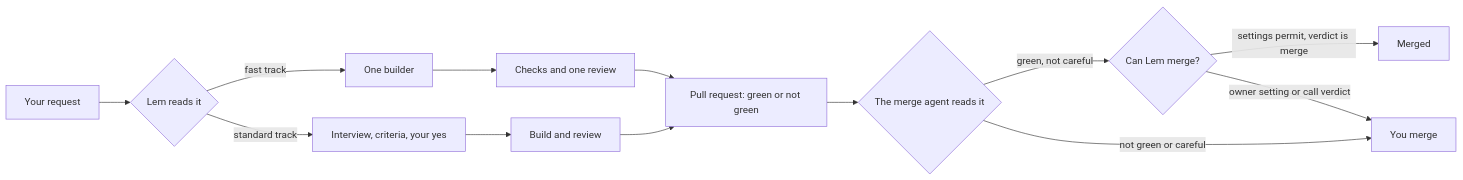
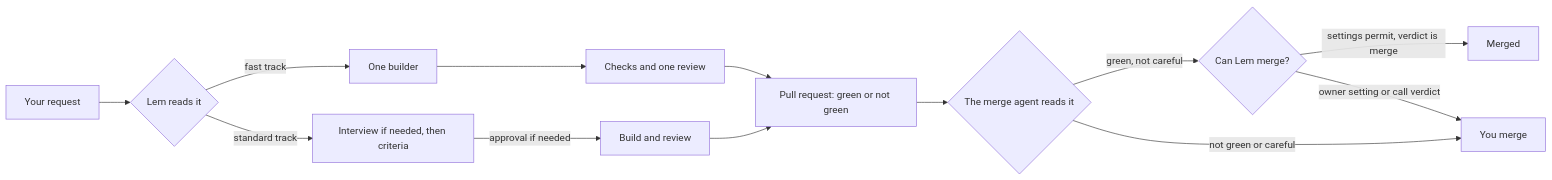
Before and after one commit to pySilver/lem: the diagram in docs/index.md, drawn with Mermaid. The commit also changed other lines of this file and 16 other files, not shown here.

````diff
--- a/docs/index.md
+++ b/docs/index.md
@@ -43,15 +43,15 @@
 ```mermaid
 flowchart LR
   request["Your request"] --> read{"Lem reads it"}
   read -->|"fast track"| builder["One builder"]
   builder --> checks["Checks and one review"]
-  read -->|"standard track"| talk["Interview, criteria, your yes"]
-  talk --> build["Build and review"]
+  read -->|"standard track"| talk["Interview if needed, then criteria"]
+  talk -->|"approval if needed"| build["Build and review"]
   checks --> pr["Pull request: green or not green"]
   build --> pr
   pr --> merger{"The merge agent reads it"}
   merger -->|"green, not careful"| allowed{"Can Lem merge?"}
   allowed -->|"settings permit, verdict is merge"| merged["Merged"]
   allowed -->|"owner setting or call verdict"| you["You merge"]
   merger -->|"not green or careful"| you
 ```
````
